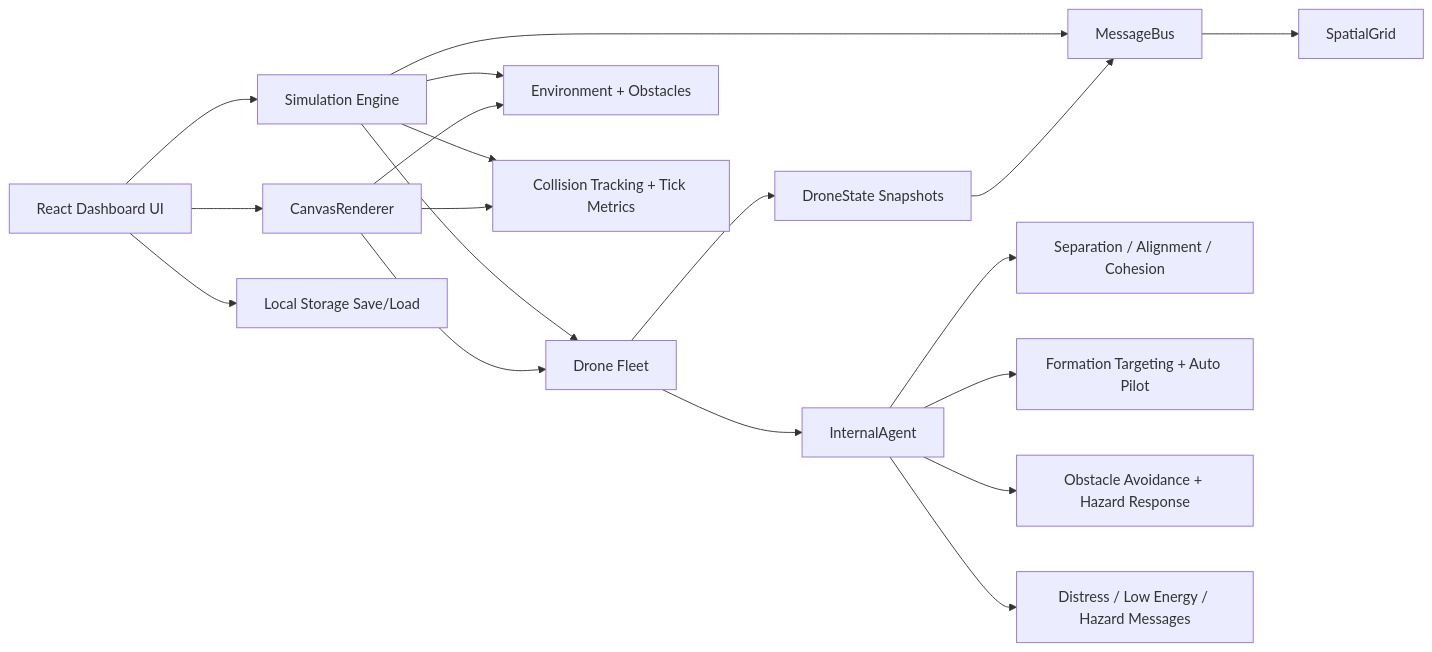
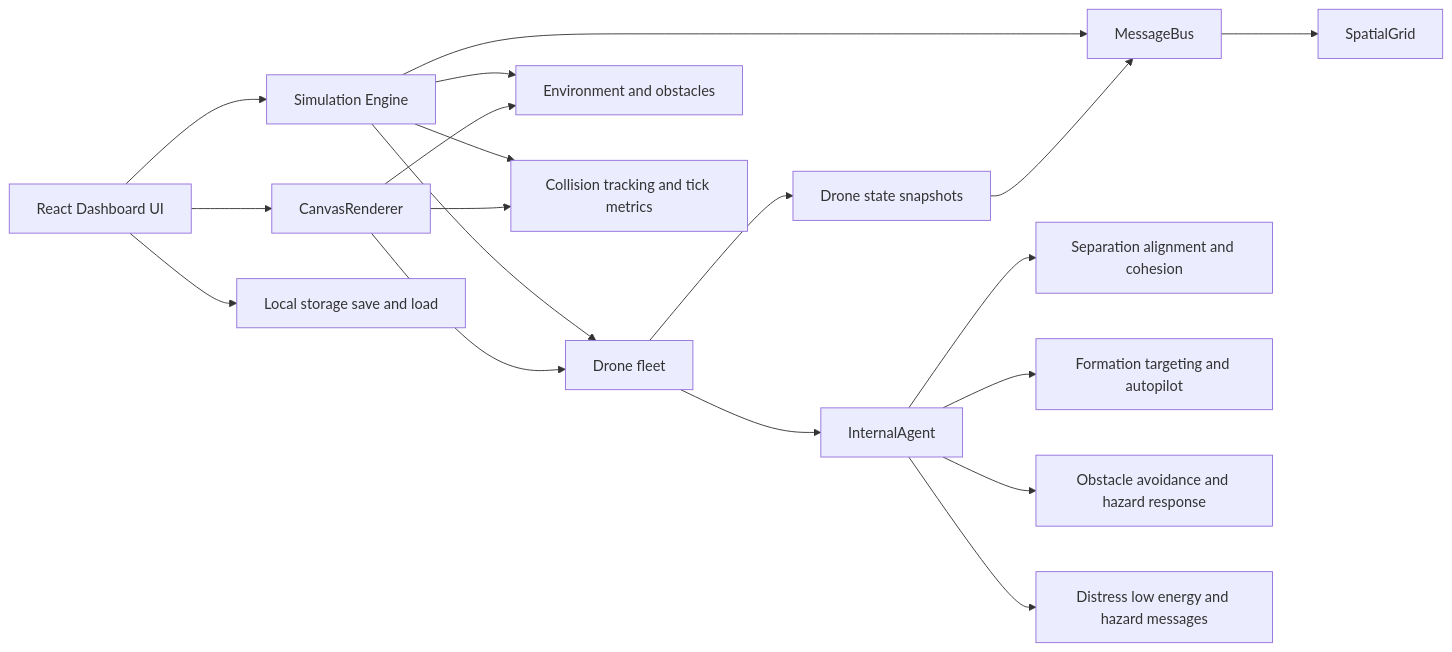
Before and after one commit to sayon999-d/Virtual-Swarm-Drone-Coordination: the second of 3 diagrams in README.md, drawn with Mermaid. The commit also changed other lines of this file, not shown here.

Commit message:
Fix README Mermaid diagrams

````diff
--- a/README.md
+++ b/README.md
@@ -52,25 +52,25 @@
 ```mermaid
 flowchart LR
     UI[React Dashboard UI] --> SIM[Simulation Engine]
     UI --> CANVAS[CanvasRenderer]
-    UI --> STORE[Local Storage Save/Load]
+    UI --> STORE[Local storage save and load]
 
-    SIM --> DRONES[Drone Fleet]
-    SIM --> ENV[Environment + Obstacles]
+    SIM --> DRONES[Drone fleet]
+    SIM --> ENV[Environment and obstacles]
     SIM --> BUS[MessageBus]
     BUS --> GRID[SpatialGrid]
 
-    DRONES --> STATE[DroneState Snapshots]
+    DRONES --> STATE[Drone state snapshots]
     STATE --> BUS
 
     DRONES --> BRAIN[InternalAgent]
-    BRAIN --> RULES[Separation / Alignment / Cohesion]
-    BRAIN --> TARGETS[Formation Targeting + Auto Pilot]
-    BRAIN --> HAZARDS[Obstacle Avoidance + Hazard Response]
-    BRAIN --> COMMS[Distress / Low Energy / Hazard Messages]
+    BRAIN --> RULES[Separation alignment and cohesion]
+    BRAIN --> TARGETS[Formation targeting and autopilot]
+    BRAIN --> HAZARDS[Obstacle avoidance and hazard response]
+    BRAIN --> COMMS[Distress low energy and hazard messages]
 
-    SIM --> METRICS[Collision Tracking + Tick Metrics]
+    SIM --> METRICS[Collision tracking and tick metrics]
     CANVAS --> METRICS
     CANVAS --> DRONES
     CANVAS --> ENV
 ```
````
